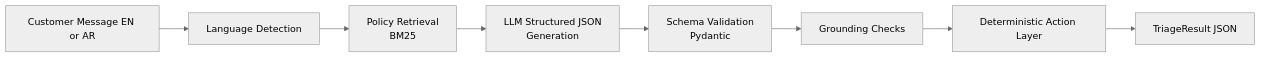
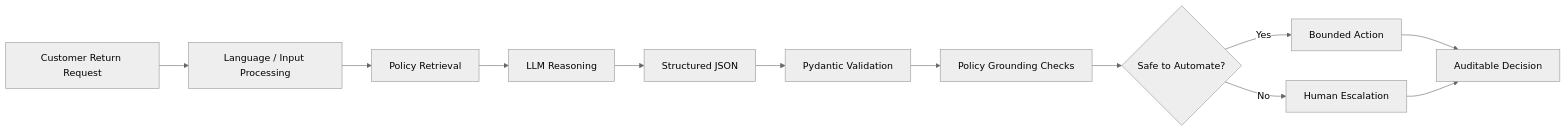
The diagram in README.md (Sarthak-Developer-Coder/mumzworld-ai-returns-engine), drawn with Mermaid (neutral theme) before and after one commit. The commit also changed other lines of this file, not shown here.

````diff
--- a/README.md
+++ b/README.md
@@ -83,10 +96,14 @@
 ```mermaid
 flowchart LR
-  A[Customer Message EN or AR] --> B[Language Detection]
-  B --> C[Policy Retrieval<br/>BM25]
-  C --> D[LLM Structured JSON<br/>Generation]
-  D --> E[Schema Validation<br/>Pydantic]
-  E --> F[Grounding Checks]
-  F --> G[Deterministic Action Layer]
-  G --> H[TriageResult JSON]
+    A[Customer Return Request] --> B[Language / Input Processing]
+    B --> C[Policy Retrieval]
+    C --> D[LLM Reasoning]
+    D --> E[Structured JSON]
+    E --> F[Pydantic Validation]
+    F --> G[Policy Grounding Checks]
+    G --> H{Safe to Automate?}
+    H -->|Yes| I[Bounded Action]
+    H -->|No| J[Human Escalation]
+    I --> K[Auditable Decision]
+    J --> K
 ```
````
